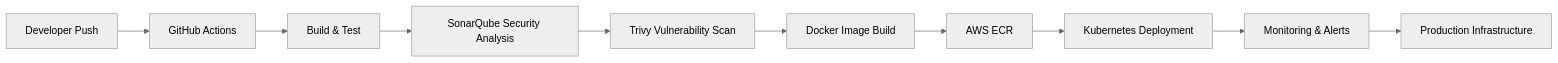
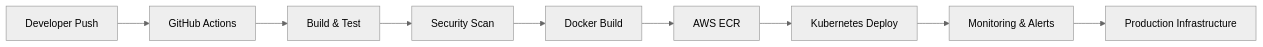
The diagram in README.md (omkarbhete/omkarbhete), drawn with Mermaid (neutral theme) before and after one commit. The commit also changed other lines of this file, not shown here.

````diff
--- a/README.md
+++ b/README.md
@@ -189,21 +190,19 @@
 ```mermaid
 flowchart LR
 
 A[Developer Push] --> B[GitHub Actions]
 
 B --> C[Build & Test]
 
-C --> D[SonarQube Security Analysis]
+C --> D[Security Scan]
 
-D --> E[Trivy Vulnerability Scan]
+D --> E[Docker Build]
 
-E --> F[Docker Image Build]
+E --> F[AWS ECR]
 
-F --> G[AWS ECR]
+F --> G[Kubernetes Deploy]
 
-G --> H[Kubernetes Deployment]
+G --> H[Monitoring & Alerts]
 
-H --> I[Monitoring & Alerts]
-
-I --> J[Production Infrastructure]
+H --> I[Production Infrastructure]
 ```
````
